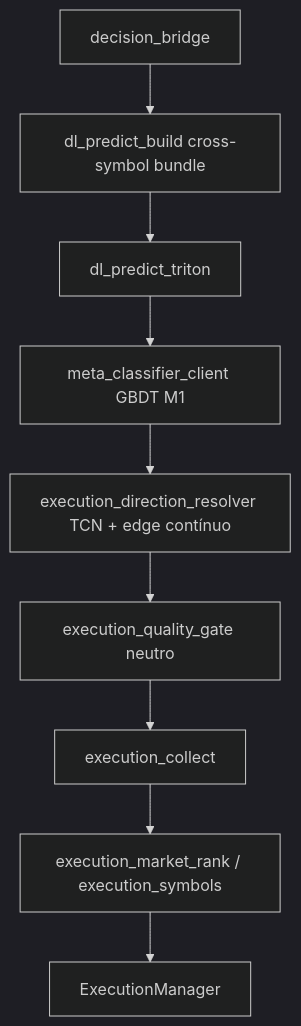
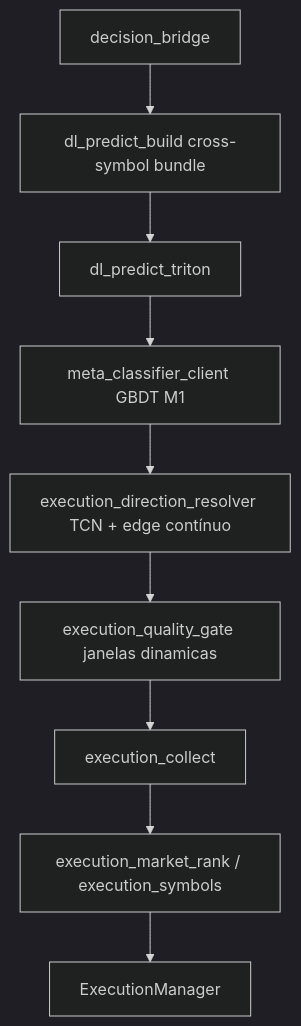
The first of 2 diagrams in docs/structure.md (victorh-silveira/aether-quantum-engine), drawn with Mermaid (dark theme) before and after one commit. The commit also changed other lines of this file and 72 other files, not shown here.

First line of the commit message:
fix(engine): corrige direction_margin, quality gate adaptativo e disjuntor de cluster

````diff
--- a/docs/structure.md
+++ b/docs/structure.md
@@ -66,11 +67,11 @@
 ```mermaid
 flowchart TD
   BR[decision_bridge] --> BUNDLE[dl_predict_build cross-symbol bundle]
   BUNDLE --> PRED[dl_predict_triton]
   PRED --> META[meta_classifier_client GBDT M1]
   META --> RES[execution_direction_resolver TCN + edge contínuo]
-  RES --> QG[execution_quality_gate neutro]
+  RES --> QG[execution_quality_gate janelas dinamicas]
   QG --> COL[execution_collect]
   COL --> RANK[execution_market_rank / execution_symbols]
   RANK --> EM[ExecutionManager]
 ```
````
